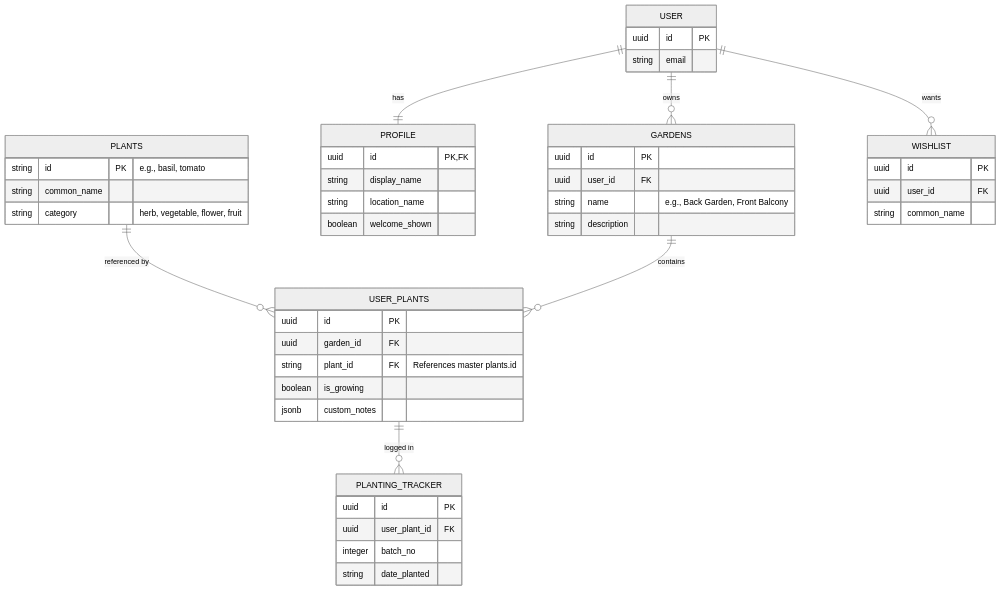
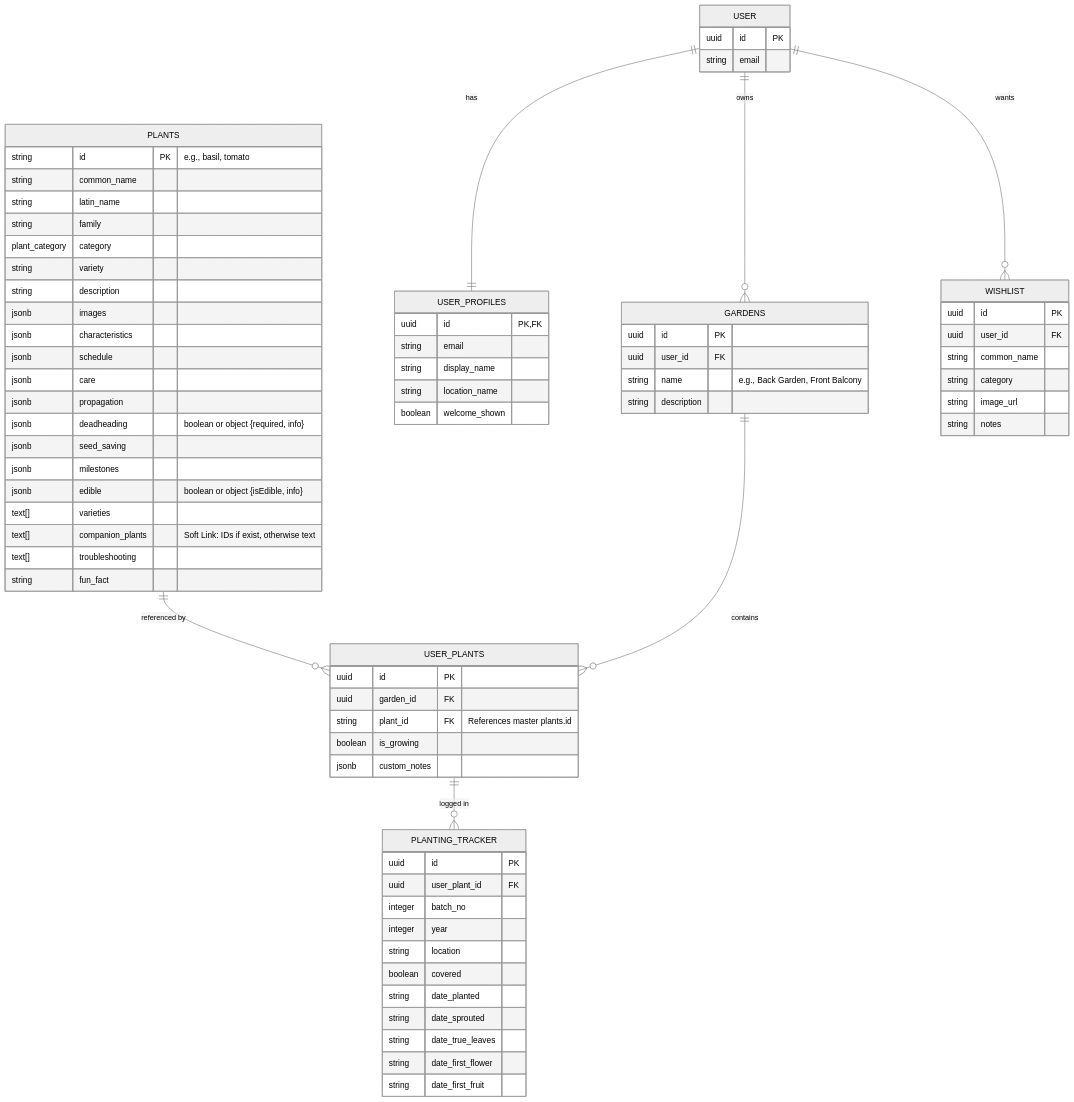
The first of 2 diagrams in ERD.md (roxey804/roxey804.github.io), drawn with Mermaid (neutral theme) before and after one commit. The commit also changed other lines of this file and 4 other files, not shown here.

````diff
--- a/ERD.md
+++ b/ERD.md
@@ -9,7 +9,7 @@
 ```mermaid
 erDiagram
     PLANTS ||--o{ USER_PLANTS : "referenced by"
-    USER ||--|| PROFILE : "has"
+    USER ||--|| USER_PROFILES : "has"
     USER ||--o{ GARDENS : "owns"
     GARDENS ||--o{ USER_PLANTS : "contains"
     USER_PLANTS ||--o{ PLANTING_TRACKER : "logged in"
@@ -20,8 +20,9 @@
         string email
     }
 
-    PROFILE {
+    USER_PROFILES {
         uuid id PK, FK
+        string email
         string display_name
         string location_name
         boolean welcome_shown
@@ -45,19 +46,46 @@
     PLANTS {
         string id PK "e.g., basil, tomato"
         string common_name
-        string category "herb, vegetable, flower, fruit"
+        string latin_name
+        string family
+        plant_category category
+        string variety
+        string description
+        jsonb images
+        jsonb characteristics
+        jsonb schedule
+        jsonb care
+        jsonb propagation
+        jsonb deadheading "boolean or object {required, info}"
+        jsonb seed_saving
+        jsonb milestones
+        jsonb edible "boolean or object {isEdible, info}"
+        text[] varieties
+        text[] companion_plants "Soft Link: IDs if exist, otherwise text"
+        text[] troubleshooting
+        string fun_fact
     }
 
     PLANTING_TRACKER {
         uuid id PK
         uuid user_plant_id FK
         integer batch_no
+        integer year
+        string location
+        boolean covered
         string date_planted
+        string date_sprouted
+        string date_true_leaves
+        string date_first_flower
+        string date_first_fruit
     }
 
     WISHLIST {
         uuid id PK
         uuid user_id FK
         string common_name
+        string category
+        string image_url
+        string notes
     }
 ```
````
